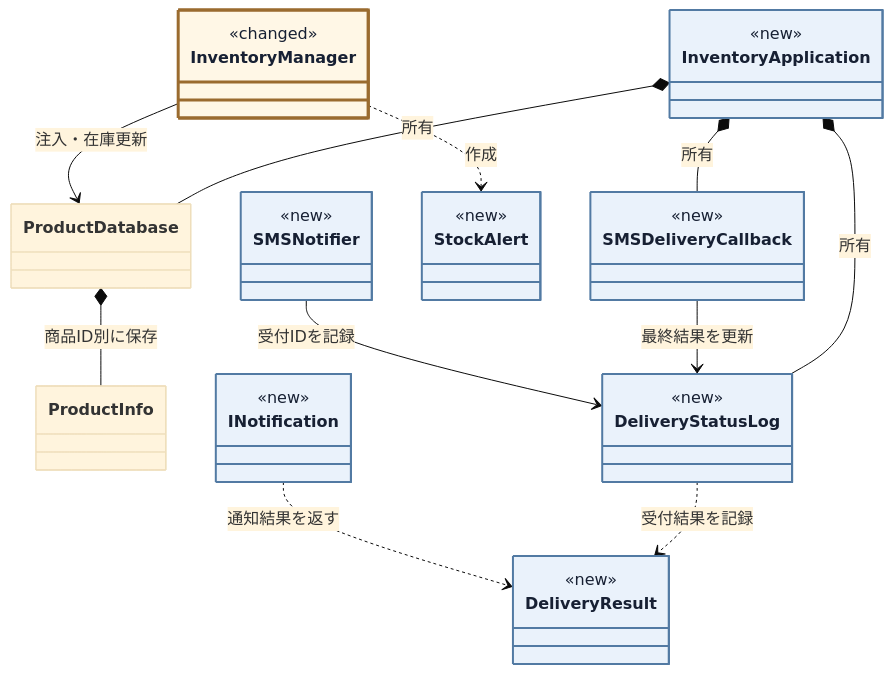
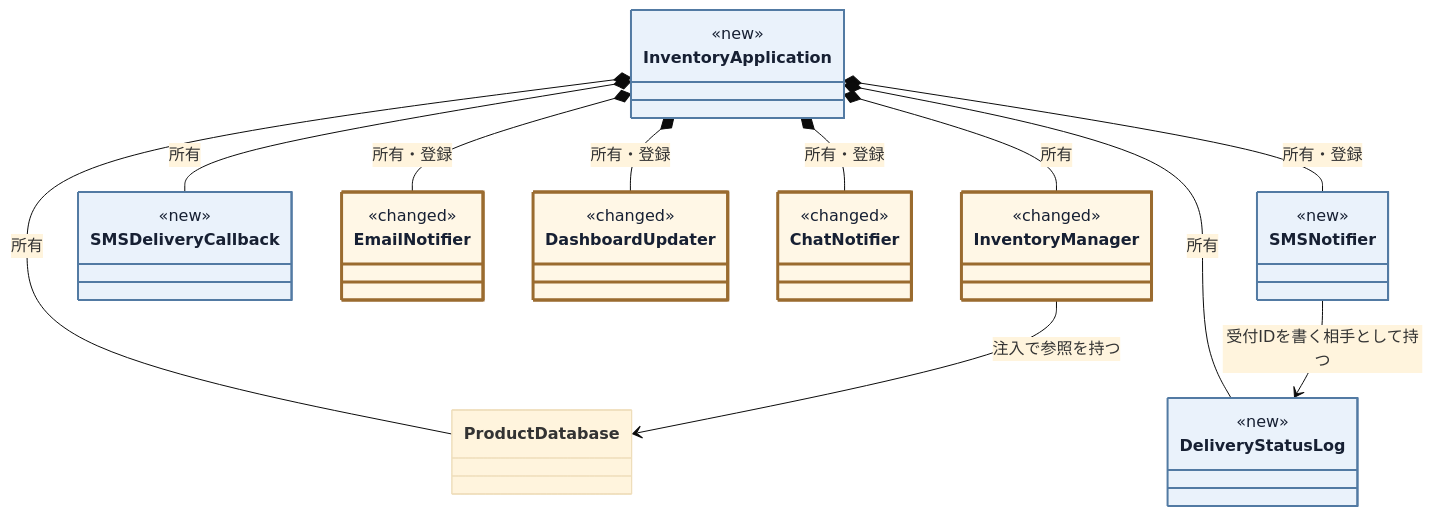
Before and after one commit to kumachan1101-pixel/DesignPattern: diagram 14 of 20 in kindle/design-patterns/books/volume01-core-patterns/output/05-chapter03.md, drawn with Mermaid (base theme). The commit also changed other lines of this file and 7 other files, not shown here.

````diff
--- a/kindle/design-patterns/books/volume01-core-patterns/output/05-chapter03.md
+++ b/kindle/design-patterns/books/volume01-core-patterns/output/05-chapter03.md
@@ -1895,43 +1981,42 @@
 ```mermaid
 classDiagram
     direction TB
     class InventoryManager:::touched {
         <<changed>>
     }
     class ProductDatabase
-    class ProductInfo
     class DeliveryStatusLog:::added {
-        <<new>>
-    }
-    class DeliveryResult:::added {
         <<new>>
     }
     class SMSDeliveryCallback:::added {
         <<new>>
     }
-    class StockAlert:::added {
+    class InventoryApplication:::added {
         <<new>>
     }
-    class InventoryApplication:::added {
-        <<new>>
+    class EmailNotifier:::touched {
+        <<changed>>
+    }
+    class DashboardUpdater:::touched {
+        <<changed>>
+    }
+    class ChatNotifier:::touched {
+        <<changed>>
     }
     class SMSNotifier:::added {
         <<new>>
     }
-    class INotification:::added {
-        <<new>>
-    }
-    InventoryManager --> ProductDatabase : 注入・在庫更新
-    SMSNotifier --> DeliveryStatusLog : 受付IDを記録
-    InventoryManager ..> StockAlert : 作成
-    SMSDeliveryCallback --> DeliveryStatusLog : 最終結果を更新
-    ProductDatabase *-- ProductInfo : 商品ID別に保存
-    INotification ..> DeliveryResult : 通知結果を返す
-    DeliveryStatusLog ..> DeliveryResult : 受付結果を記録
+    InventoryApplication *-- InventoryManager : 所有
+    InventoryApplication *-- EmailNotifier : 所有・登録
+    InventoryApplication *-- DashboardUpdater : 所有・登録
+    InventoryApplication *-- ChatNotifier : 所有・登録
+    InventoryApplication *-- SMSNotifier : 所有・登録
     InventoryApplication *-- ProductDatabase : 所有
     InventoryApplication *-- DeliveryStatusLog : 所有
     InventoryApplication *-- SMSDeliveryCallback : 所有
+    InventoryManager --> ProductDatabase : 注入で参照を持つ
+    SMSNotifier --> DeliveryStatusLog : 受付IDを書く相手として持つ
 
     classDef added fill:#eaf2fb,stroke:#527aa3,stroke-width:2px,color:#172033;
     classDef touched fill:#fff7e6,stroke:#9a6b2f,stroke-width:3px,color:#172033;
 ```
````
